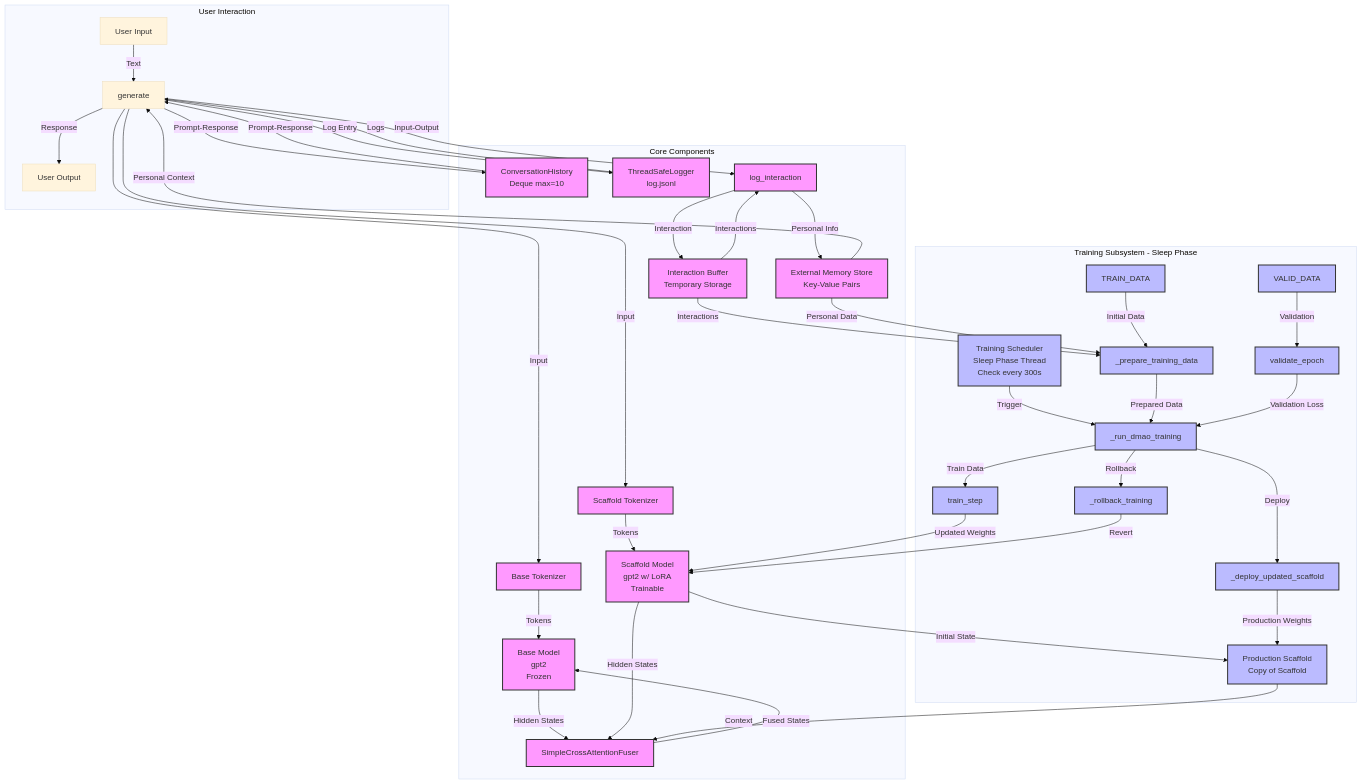
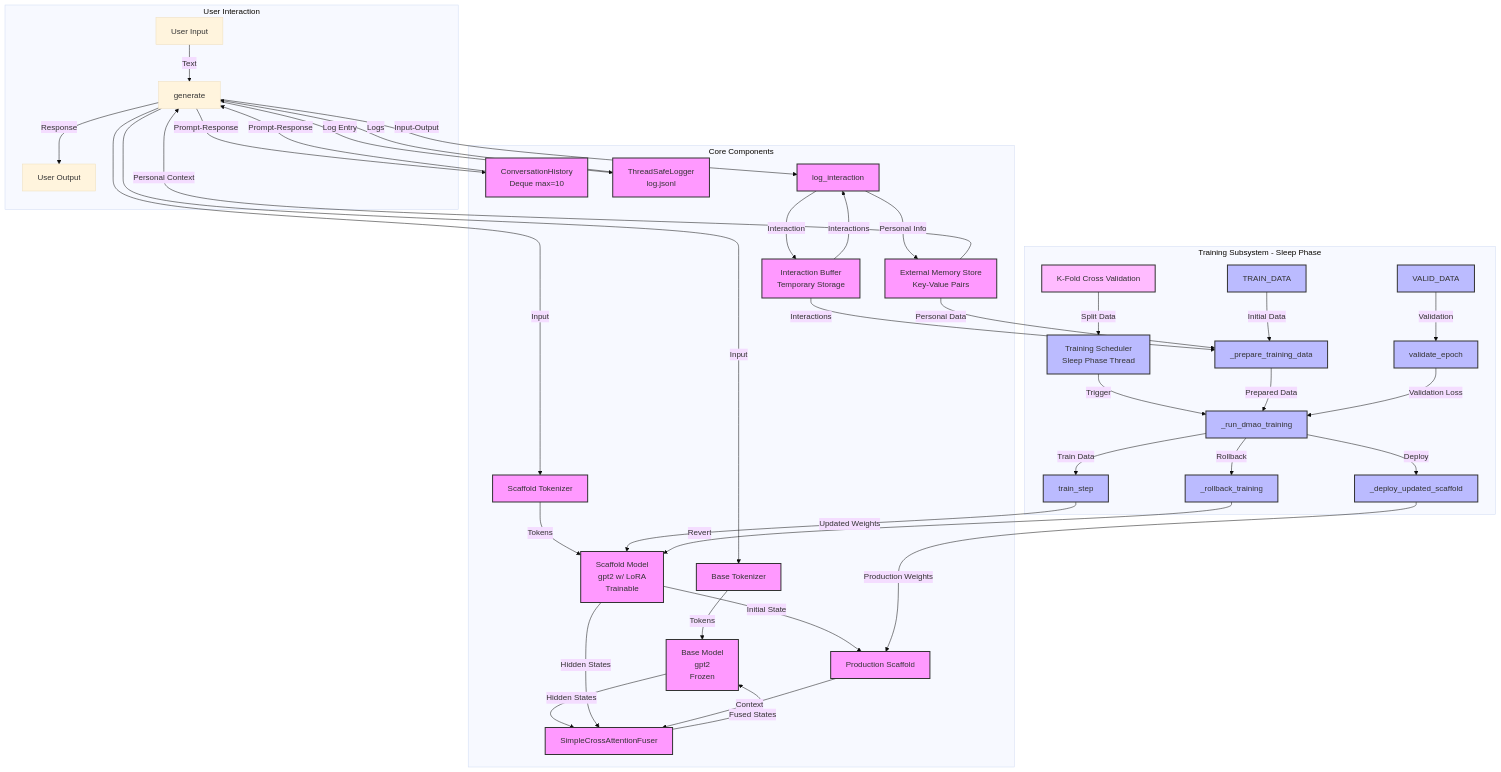
The diagram in structure.mmd (oppolla/dual-model-dynamic-scaffold), drawn with Mermaid (base theme) before and after one commit.

```diff
--- a/structure.mmd
+++ b/structure.mmd
@@ -1,48 +1,53 @@
 graph TD
     subgraph User Interaction
         UI[User Input] -->|Text| GEN[generate]
         GEN -->|Response| UO[User Output]
     end
 
     subgraph Core Components
         BM[Base Model<br>gpt2<br>Frozen] -->|Hidden States| CAF[SimpleCrossAttentionFuser]
         SM[Scaffold Model<br>gpt2 w/ LoRA<br>Trainable] -->|Hidden States| CAF
         CAF -->|Fused States| BM
         BT[Base Tokenizer] -->|Tokens| BM
         ST[Scaffold Tokenizer] -->|Tokens| SM
         CH[ConversationHistory<br>Deque max=10] -->|Prompt-Response| GEN
         TL[ThreadSafeLogger<br>log.jsonl] -->|Logs| GEN
         IB[Interaction Buffer<br>Temporary Storage] -->|Interactions| LOG[log_interaction]
         EMS[External Memory Store<br>Key-Value Pairs] -->|Personal Context| GEN
+        
+        SM -->|Initial State| PS[Production Scaffold]
+        PS -->|Context| CAF
     end
 
     subgraph Training Subsystem - Sleep Phase
-        TS[Training Scheduler<br>Sleep Phase Thread<br>Check every 300s] -->|Trigger| RT[_run_dmao_training]
+        TS[Training Scheduler<br>Sleep Phase Thread] -->|Trigger| RT[_run_dmao_training]
         RT -->|Train Data| TE[train_step]
         TE -->|Updated Weights| SM
         RT -->|Deploy| DU[_deploy_updated_scaffold]
-        DU -->|Production Weights| PS[Production Scaffold<br>Copy of Scaffold]
-        PS -->|Context| CAF
+        DU -->|Production Weights| PS
         PT[_prepare_training_data] -->|Prepared Data| RT
         IB -->|Interactions| PT
         EMS -->|Personal Data| PT
         TD[TRAIN_DATA] -->|Initial Data| PT
         VD[VALID_DATA] -->|Validation| VE[validate_epoch]
         VE -->|Validation Loss| RT
         RT -->|Rollback| RB[_rollback_training]
         RB -->|Revert| SM
+        
+        KF[K-Fold Cross Validation] -->|Split Data| TS
     end
 
     LOG -->|Interaction| IB
     LOG -->|Personal Info| EMS
     GEN -->|Input| BT
     GEN -->|Input| ST
     GEN -->|Prompt-Response| CH
     GEN -->|Log Entry| TL
     GEN -->|Input-Output| LOG
-    SM -->|Initial State| PS
-
+    
     classDef core fill:#f9f,stroke:#333,stroke-width:2px;
     classDef train fill:#bbf,stroke:#333,stroke-width:2px;
-    class BM,SM,CAF,BT,ST,CH,TL,IB,LOG,EMS core;
-    class TS,RT,TE,DU,PS,PT,TD,VD,VE,RB train;
+    classDef eval fill:#fbf,stroke:#333,stroke-width:2px;
+    class BM,SM,CAF,BT,ST,CH,TL,IB,LOG,EMS,PS core;
+    class TS,RT,TE,DU,PT,TD,VD,VE,RB train;
+    class KF eval;
```
